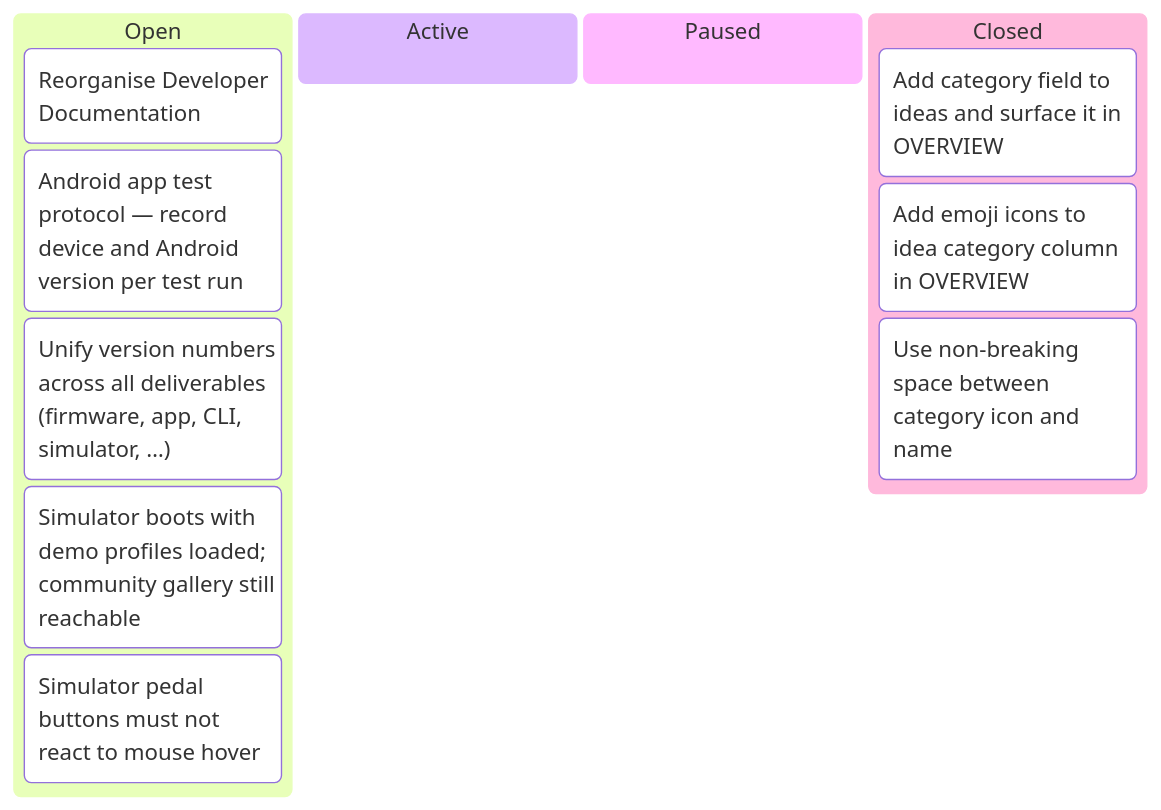
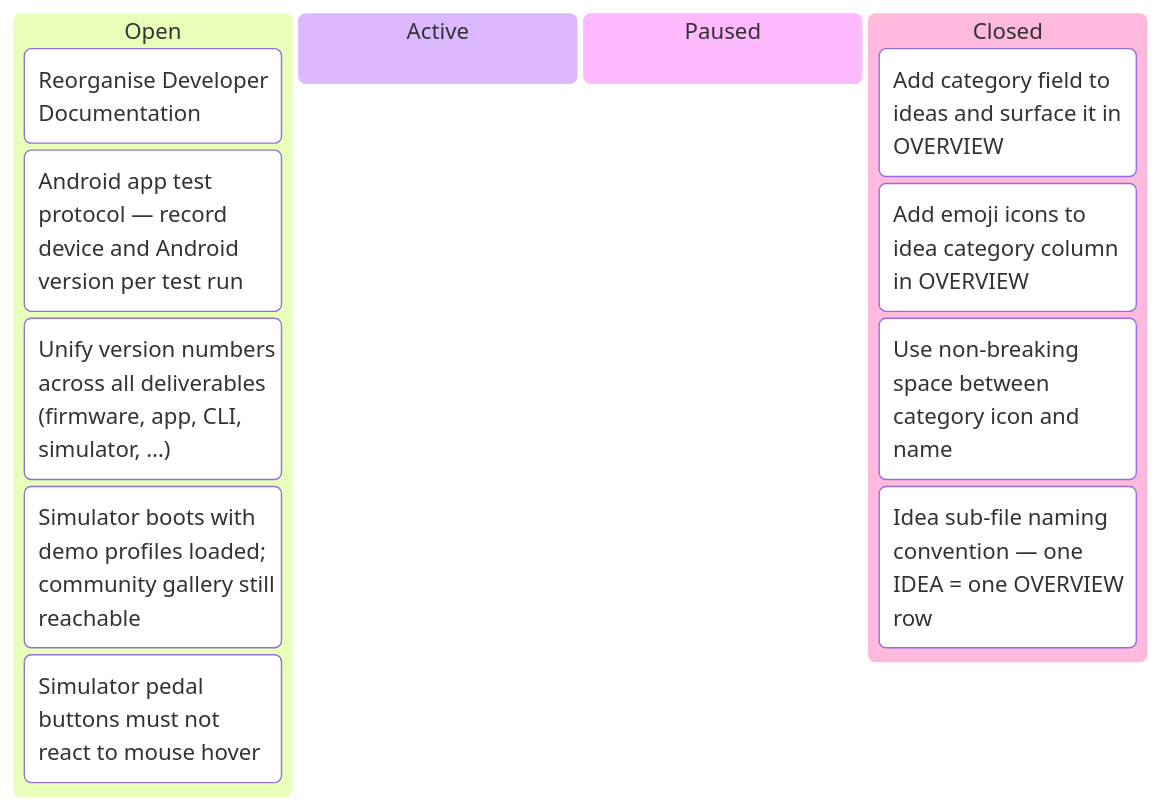
The sixth of 6 diagrams in docs/developers/tasks/KANBAN.md (tgd1975/AwesomeStudioPedal), drawn with Mermaid before and after one commit. The commit also changed other lines of this file and 23 other files, not shown here.

Commit message:
close TASK-315: Idea sub-file naming convention — one IDEA = one OVERVIEW row

````diff
--- a/docs/developers/tasks/KANBAN.md
+++ b/docs/developers/tasks/KANBAN.md
@@ -92,15 +92,16 @@
 ```mermaid
 kanban
   Open
     TASK_148["Reorganise Developer Documentation"]
     TASK_259["Android app test protocol — record device and Android version per test run"]
     TASK_260["Unify version numbers across all deliverables (firmware, app, CLI, simulator, …)"]
     TASK_303["Simulator boots with demo profiles loaded; community gallery still reachable"]
     TASK_304["Simulator pedal buttons must not react to mouse hover"]
   Active
   Paused
   Closed
     TASK_305["Add category field to ideas and surface it in OVERVIEW"]
     TASK_313["Add emoji icons to idea category column in OVERVIEW"]
     TASK_314["Use non-breaking space between category icon and name"]
+    TASK_315["Idea sub-file naming convention — one IDEA = one OVERVIEW row"]
 ```
````
